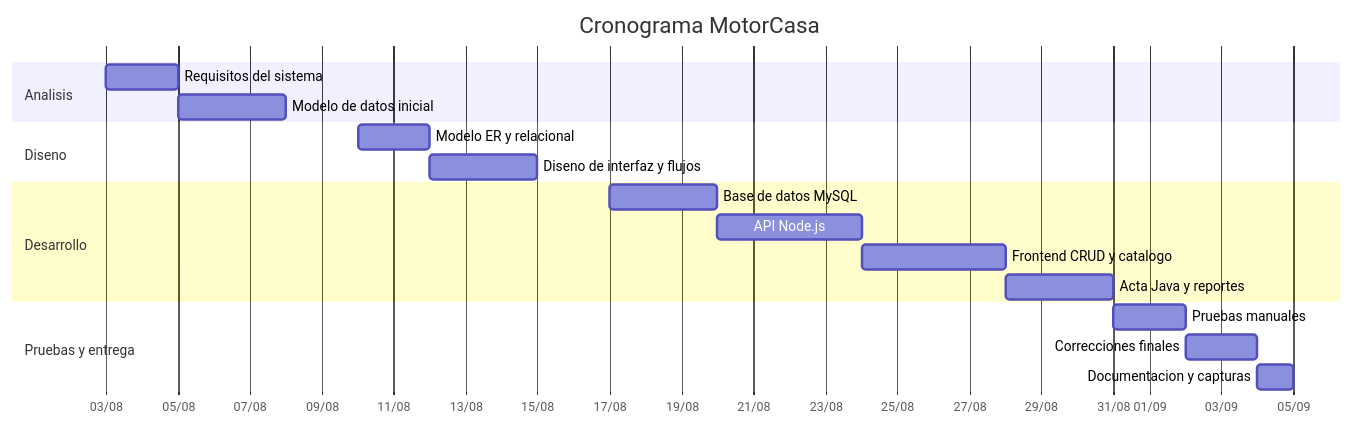
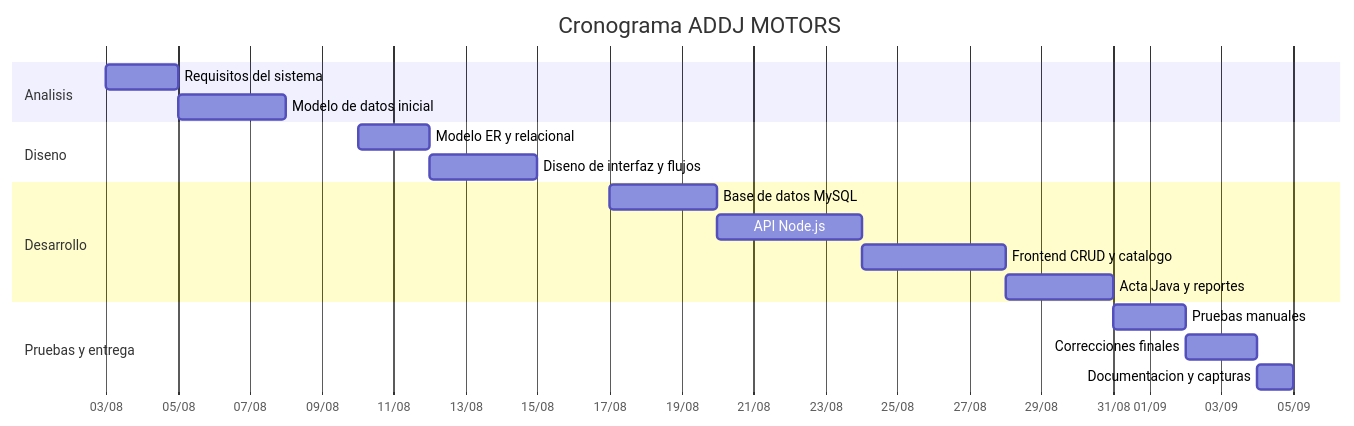
Before and after one commit to Hdpjiax/ProyectoVehiculos: the second of 2 diagrams in docs/plan-integrador.md, drawn with Mermaid. The commit also changed other lines of this file and 32 other files, not shown here.

````diff
--- a/docs/plan-integrador.md
+++ b/docs/plan-integrador.md
@@ -43,21 +43,21 @@
 ```mermaid
 gantt
-  title Cronograma MotorCasa
+  title Cronograma ADDJ MOTORS
   dateFormat  YYYY-MM-DD
   axisFormat %d/%m
   section Analisis
   Requisitos del sistema          :a1, 2026-08-03, 2d
   Modelo de datos inicial         :a2, after a1, 3d
   section Diseno
   Modelo ER y relacional          :d1, 2026-08-10, 2d
   Diseno de interfaz y flujos     :d2, after d1, 3d
   section Desarrollo
   Base de datos MySQL             :dev1, 2026-08-17, 3d
   API Node.js                     :dev2, after dev1, 4d
   Frontend CRUD y catalogo        :dev3, 2026-08-24, 4d
   Acta Java y reportes            :dev4, after dev3, 3d
   section Pruebas y entrega
   Pruebas manuales                :p1, 2026-08-31, 2d
   Correcciones finales            :p2, after p1, 2d
   Documentacion y capturas        :p3, after p2, 1d
 ```
````
